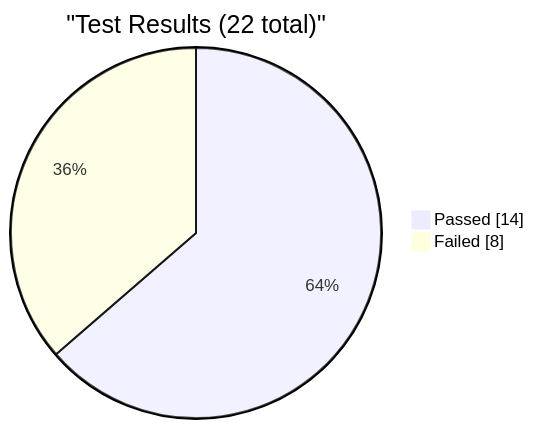
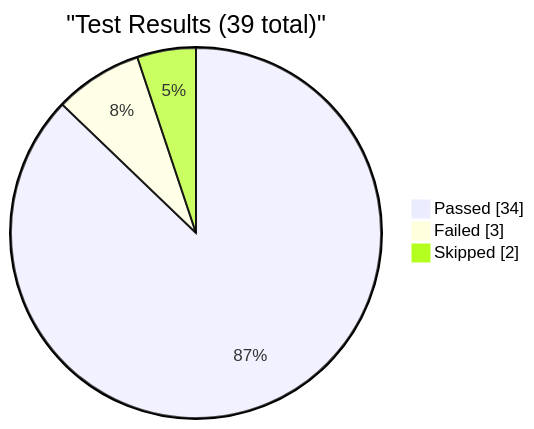
Before and after one commit to EliteaAI/onetest-ai-tm-Elitea: the first of 6 diagrams in reports/dashboard.md, drawn with Mermaid. The commit also changed other lines of this file and 1 other file, not shown here.

Commit message:
dashboard: update test metrics for RUN-ELITEA-2026-10-21-307-DEV-CHAT-FAILED

````diff
--- a/reports/dashboard.md
+++ b/reports/dashboard.md
@@ -9,6 +9,7 @@
 ```mermaid
 pie showData
-    title "Test Results (22 total)"
-    "Passed" : 14
-    "Failed" : 8
+    title "Test Results (39 total)"
+    "Passed" : 34
+    "Failed" : 3
+    "Skipped" : 2
 ```
````
